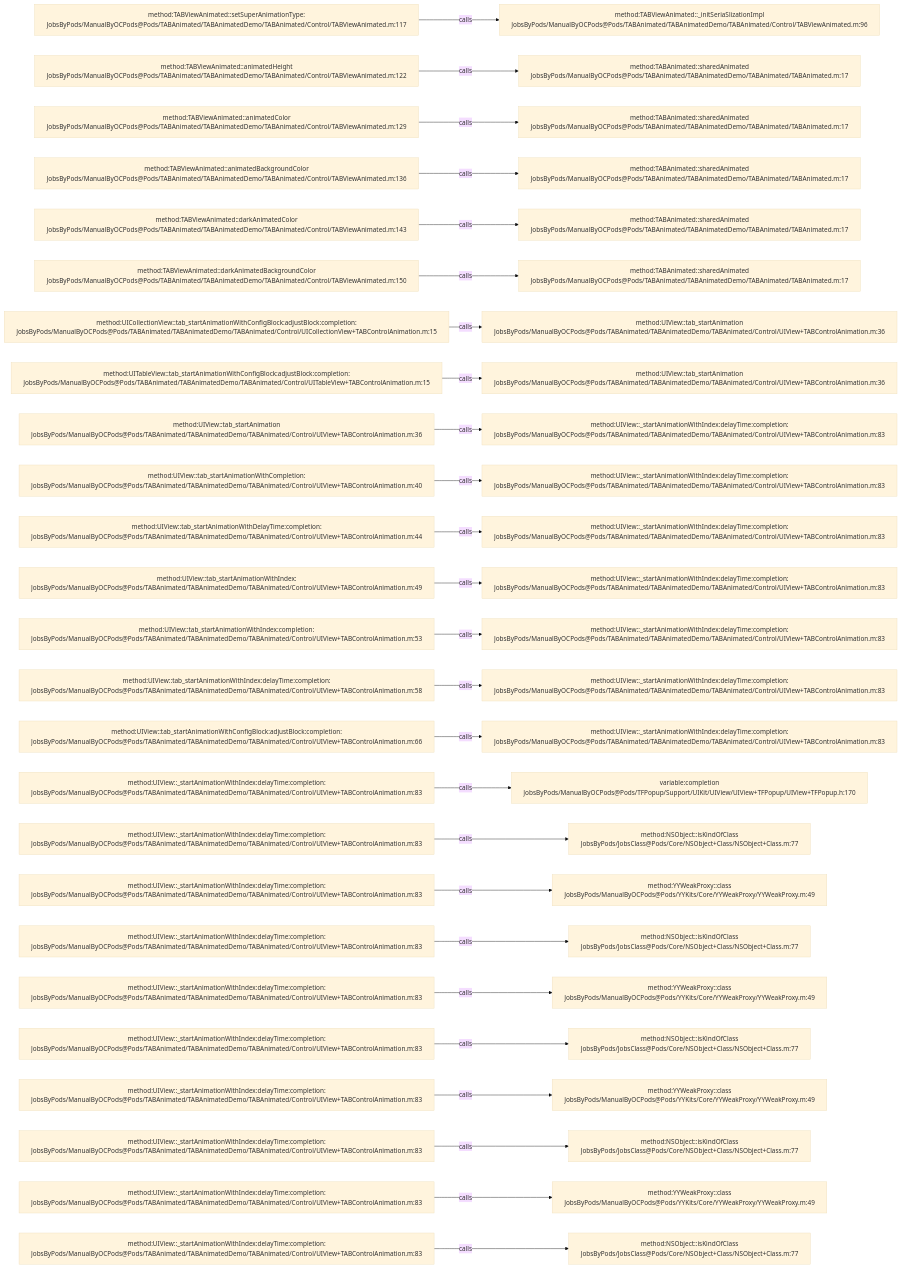
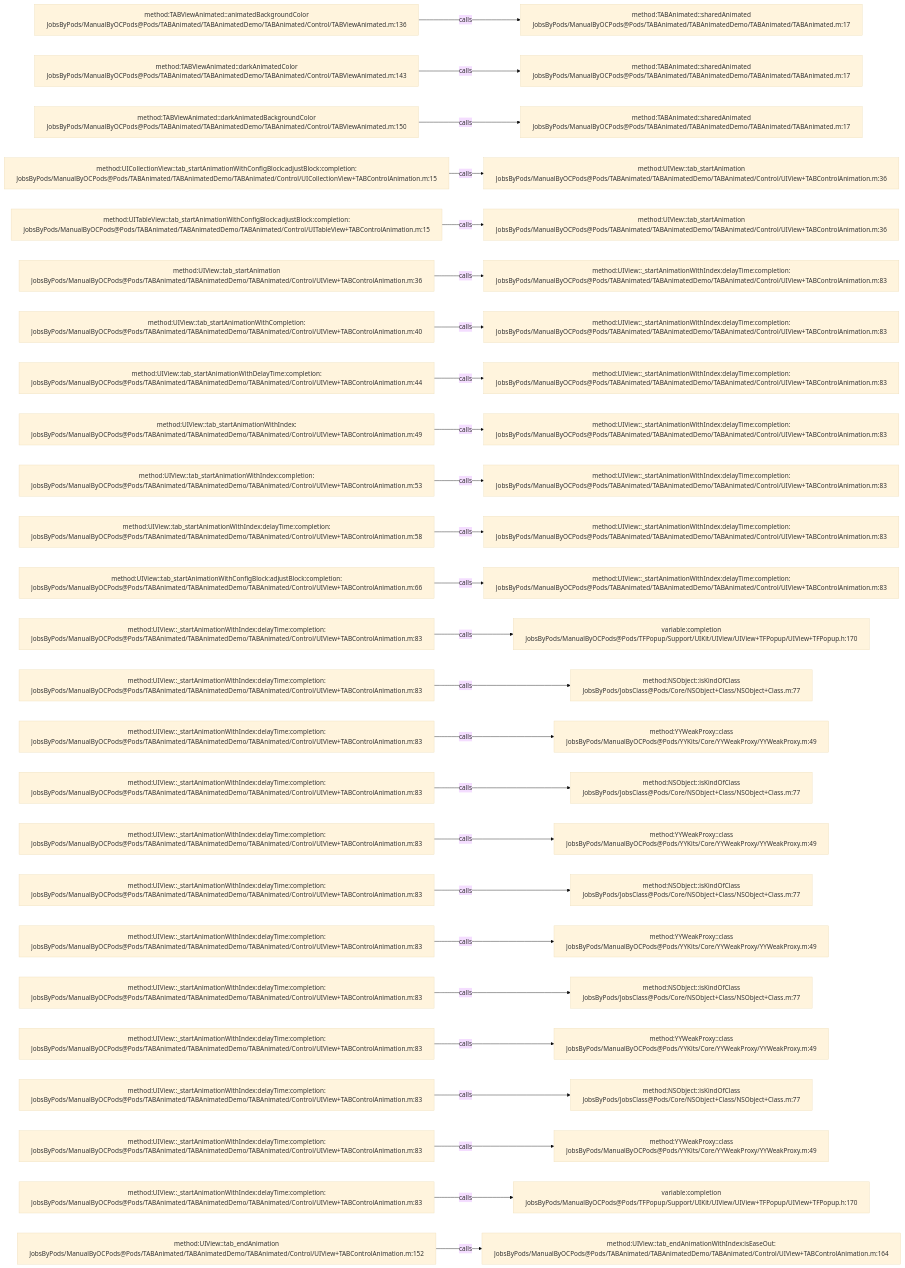
The diagram in .codegraph/codegraph.md/graphs/calls-028.md (JobsKits/JobsOCBaseConfigDemo), drawn with Mermaid (base theme) before and after one commit. The commit also changed 342 other files, not shown here.

````diff
--- a/.codegraph/codegraph.md/graphs/calls-028.md
+++ b/.codegraph/codegraph.md/graphs/calls-028.md
@@ -13,78 +13,78 @@
 ```mermaid
 flowchart LR
-  S1["method:TABViewAnimated::setSuperAnimationType:<br/>JobsByPods/ManualByOCPods@Pods/TABAnimated/TABAnimatedDemo/TABAnimated/Control/TABViewAnimated.m:117"]
-  T1["method:TABViewAnimated::_initSeriaSlizationImpl<br/>JobsByPods/ManualByOCPods@Pods/TABAnimated/TABAnimatedDemo/TABAnimated/Control/TABViewAnimated.m:96"]
+  S1["method:TABViewAnimated::animatedBackgroundColor<br/>JobsByPods/ManualByOCPods@Pods/TABAnimated/TABAnimatedDemo/TABAnimated/Control/TABViewAnimated.m:136"]
+  T1["method:TABAnimated::sharedAnimated<br/>JobsByPods/ManualByOCPods@Pods/TABAnimated/TABAnimatedDemo/TABAnimated/TABAnimated.m:17"]
   S1 -->|calls| T1
-  S2["method:TABViewAnimated::animatedHeight<br/>JobsByPods/ManualByOCPods@Pods/TABAnimated/TABAnimatedDemo/TABAnimated/Control/TABViewAnimated.m:122"]
+  S2["method:TABViewAnimated::darkAnimatedColor<br/>JobsByPods/ManualByOCPods@Pods/TABAnimated/TABAnimatedDemo/TABAnimated/Control/TABViewAnimated.m:143"]
   T2["method:TABAnimated::sharedAnimated<br/>JobsByPods/ManualByOCPods@Pods/TABAnimated/TABAnimatedDemo/TABAnimated/TABAnimated.m:17"]
   S2 -->|calls| T2
-  S3["method:TABViewAnimated::animatedColor<br/>JobsByPods/ManualByOCPods@Pods/TABAnimated/TABAnimatedDemo/TABAnimated/Control/TABViewAnimated.m:129"]
+  S3["method:TABViewAnimated::darkAnimatedBackgroundColor<br/>JobsByPods/ManualByOCPods@Pods/TABAnimated/TABAnimatedDemo/TABAnimated/Control/TABViewAnimated.m:150"]
   T3["method:TABAnimated::sharedAnimated<br/>JobsByPods/ManualByOCPods@Pods/TABAnimated/TABAnimatedDemo/TABAnimated/TABAnimated.m:17"]
   S3 -->|calls| T3
-  S4["method:TABViewAnimated::animatedBackgroundColor<br/>JobsByPods/ManualByOCPods@Pods/TABAnimated/TABAnimatedDemo/TABAnimated/Control/TABViewAnimated.m:136"]
-  T4["method:TABAnimated::sharedAnimated<br/>JobsByPods/ManualByOCPods@Pods/TABAnimated/TABAnimatedDemo/TABAnimated/TABAnimated.m:17"]
+  S4["method:UICollectionView::tab_startAnimationWithConfigBlock:adjustBlock:completion:<br/>JobsByPods/ManualByOCPods@Pods/TABAnimated/TABAnimatedDemo/TABAnimated/Control/UICollectionView+TABControlAnimation.m:15"]
+  T4["method:UIView::tab_startAnimation<br/>JobsByPods/ManualByOCPods@Pods/TABAnimated/TABAnimatedDemo/TABAnimated/Control/UIView+TABControlAnimation.m:36"]
   S4 -->|calls| T4
-  S5["method:TABViewAnimated::darkAnimatedColor<br/>JobsByPods/ManualByOCPods@Pods/TABAnimated/TABAnimatedDemo/TABAnimated/Control/TABViewAnimated.m:143"]
-  T5["method:TABAnimated::sharedAnimated<br/>JobsByPods/ManualByOCPods@Pods/TABAnimated/TABAnimatedDemo/TABAnimated/TABAnimated.m:17"]
+  S5["method:UITableView::tab_startAnimationWithConfigBlock:adjustBlock:completion:<br/>JobsByPods/ManualByOCPods@Pods/TABAnimated/TABAnimatedDemo/TABAnimated/Control/UITableView+TABControlAnimation.m:15"]
+  T5["method:UIView::tab_startAnimation<br/>JobsByPods/ManualByOCPods@Pods/TABAnimated/TABAnimatedDemo/TABAnimated/Control/UIView+TABControlAnimation.m:36"]
   S5 -->|calls| T5
-  S6["method:TABViewAnimated::darkAnimatedBackgroundColor<br/>JobsByPods/ManualByOCPods@Pods/TABAnimated/TABAnimatedDemo/TABAnimated/Control/TABViewAnimated.m:150"]
-  T6["method:TABAnimated::sharedAnimated<br/>JobsByPods/ManualByOCPods@Pods/TABAnimated/TABAnimatedDemo/TABAnimated/TABAnimated.m:17"]
+  S6["method:UIView::tab_startAnimation<br/>JobsByPods/ManualByOCPods@Pods/TABAnimated/TABAnimatedDemo/TABAnimated/Control/UIView+TABControlAnimation.m:36"]
+  T6["method:UIView::_startAnimationWithIndex:delayTime:completion:<br/>JobsByPods/ManualByOCPods@Pods/TABAnimated/TABAnimatedDemo/TABAnimated/Control/UIView+TABControlAnimation.m:83"]
   S6 -->|calls| T6
-  S7["method:UICollectionView::tab_startAnimationWithConfigBlock:adjustBlock:completion:<br/>JobsByPods/ManualByOCPods@Pods/TABAnimated/TABAnimatedDemo/TABAnimated/Control/UICollectionView+TABControlAnimation.m:15"]
-  T7["method:UIView::tab_startAnimation<br/>JobsByPods/ManualByOCPods@Pods/TABAnimated/TABAnimatedDemo/TABAnimated/Control/UIView+TABControlAnimation.m:36"]
+  S7["method:UIView::tab_startAnimationWithCompletion:<br/>JobsByPods/ManualByOCPods@Pods/TABAnimated/TABAnimatedDemo/TABAnimated/Control/UIView+TABControlAnimation.m:40"]
+  T7["method:UIView::_startAnimationWithIndex:delayTime:completion:<br/>JobsByPods/ManualByOCPods@Pods/TABAnimated/TABAnimatedDemo/TABAnimated/Control/UIView+TABControlAnimation.m:83"]
   S7 -->|calls| T7
-  S8["method:UITableView::tab_startAnimationWithConfigBlock:adjustBlock:completion:<br/>JobsByPods/ManualByOCPods@Pods/TABAnimated/TABAnimatedDemo/TABAnimated/Control/UITableView+TABControlAnimation.m:15"]
-  T8["method:UIView::tab_startAnimation<br/>JobsByPods/ManualByOCPods@Pods/TABAnimated/TABAnimatedDemo/TABAnimated/Control/UIView+TABControlAnimation.m:36"]
+  S8["method:UIView::tab_startAnimationWithDelayTime:completion:<br/>JobsByPods/ManualByOCPods@Pods/TABAnimated/TABAnimatedDemo/TABAnimated/Control/UIView+TABControlAnimation.m:44"]
+  T8["method:UIView::_startAnimationWithIndex:delayTime:completion:<br/>JobsByPods/ManualByOCPods@Pods/TABAnimated/TABAnimatedDemo/TABAnimated/Control/UIView+TABControlAnimation.m:83"]
   S8 -->|calls| T8
-  S9["method:UIView::tab_startAnimation<br/>JobsByPods/ManualByOCPods@Pods/TABAnimated/TABAnimatedDemo/TABAnimated/Control/UIView+TABControlAnimation.m:36"]
+  S9["method:UIView::tab_startAnimationWithIndex:<br/>JobsByPods/ManualByOCPods@Pods/TABAnimated/TABAnimatedDemo/TABAnimated/Control/UIView+TABControlAnimation.m:49"]
   T9["method:UIView::_startAnimationWithIndex:delayTime:completion:<br/>JobsByPods/ManualByOCPods@Pods/TABAnimated/TABAnimatedDemo/TABAnimated/Control/UIView+TABControlAnimation.m:83"]
   S9 -->|calls| T9
-  S10["method:UIView::tab_startAnimationWithCompletion:<br/>JobsByPods/ManualByOCPods@Pods/TABAnimated/TABAnimatedDemo/TABAnimated/Control/UIView+TABControlAnimation.m:40"]
+  S10["method:UIView::tab_startAnimationWithIndex:completion:<br/>JobsByPods/ManualByOCPods@Pods/TABAnimated/TABAnimatedDemo/TABAnimated/Control/UIView+TABControlAnimation.m:53"]
   T10["method:UIView::_startAnimationWithIndex:delayTime:completion:<br/>JobsByPods/ManualByOCPods@Pods/TABAnimated/TABAnimatedDemo/TABAnimated/Control/UIView+TABControlAnimation.m:83"]
   S10 -->|calls| T10
-  S11["method:UIView::tab_startAnimationWithDelayTime:completion:<br/>JobsByPods/ManualByOCPods@Pods/TABAnimated/TABAnimatedDemo/TABAnimated/Control/UIView+TABControlAnimation.m:44"]
+  S11["method:UIView::tab_startAnimationWithIndex:delayTime:completion:<br/>JobsByPods/ManualByOCPods@Pods/TABAnimated/TABAnimatedDemo/TABAnimated/Control/UIView+TABControlAnimation.m:58"]
   T11["method:UIView::_startAnimationWithIndex:delayTime:completion:<br/>JobsByPods/ManualByOCPods@Pods/TABAnimated/TABAnimatedDemo/TABAnimated/Control/UIView+TABControlAnimation.m:83"]
   S11 -->|calls| T11
-  S12["method:UIView::tab_startAnimationWithIndex:<br/>JobsByPods/ManualByOCPods@Pods/TABAnimated/TABAnimatedDemo/TABAnimated/Control/UIView+TABControlAnimation.m:49"]
+  S12["method:UIView::tab_startAnimationWithConfigBlock:adjustBlock:completion:<br/>JobsByPods/ManualByOCPods@Pods/TABAnimated/TABAnimatedDemo/TABAnimated/Control/UIView+TABControlAnimation.m:66"]
   T12["method:UIView::_startAnimationWithIndex:delayTime:completion:<br/>JobsByPods/ManualByOCPods@Pods/TABAnimated/TABAnimatedDemo/TABAnimated/Control/UIView+TABControlAnimation.m:83"]
   S12 -->|calls| T12
-  S13["method:UIView::tab_startAnimationWithIndex:completion:<br/>JobsByPods/ManualByOCPods@Pods/TABAnimated/TABAnimatedDemo/TABAnimated/Control/UIView+TABControlAnimation.m:53"]
-  T13["method:UIView::_startAnimationWithIndex:delayTime:completion:<br/>JobsByPods/ManualByOCPods@Pods/TABAnimated/TABAnimatedDemo/TABAnimated/Control/UIView+TABControlAnimation.m:83"]
+  S13["method:UIView::_startAnimationWithIndex:delayTime:completion:<br/>JobsByPods/ManualByOCPods@Pods/TABAnimated/TABAnimatedDemo/TABAnimated/Control/UIView+TABControlAnimation.m:83"]
+  T13["variable:completion<br/>JobsByPods/ManualByOCPods@Pods/TFPopup/Support/UIKit/UIView/UIView+TFPopup/UIView+TFPopup.h:170"]
   S13 -->|calls| T13
-  S14["method:UIView::tab_startAnimationWithIndex:delayTime:completion:<br/>JobsByPods/ManualByOCPods@Pods/TABAnimated/TABAnimatedDemo/TABAnimated/Control/UIView+TABControlAnimation.m:58"]
-  T14["method:UIView::_startAnimationWithIndex:delayTime:completion:<br/>JobsByPods/ManualByOCPods@Pods/TABAnimated/TABAnimatedDemo/TABAnimated/Control/UIView+TABControlAnimation.m:83"]
+  S14["method:UIView::_startAnimationWithIndex:delayTime:completion:<br/>JobsByPods/ManualByOCPods@Pods/TABAnimated/TABAnimatedDemo/TABAnimated/Control/UIView+TABControlAnimation.m:83"]
+  T14["method:NSObject::isKindOfClass<br/>JobsByPods/JobsClass@Pods/Core/NSObject+Class/NSObject+Class.m:77"]
   S14 -->|calls| T14
-  S15["method:UIView::tab_startAnimationWithConfigBlock:adjustBlock:completion:<br/>JobsByPods/ManualByOCPods@Pods/TABAnimated/TABAnimatedDemo/TABAnimated/Control/UIView+TABControlAnimation.m:66"]
-  T15["method:UIView::_startAnimationWithIndex:delayTime:completion:<br/>JobsByPods/ManualByOCPods@Pods/TABAnimated/TABAnimatedDemo/TABAnimated/Control/UIView+TABControlAnimation.m:83"]
+  S15["method:UIView::_startAnimationWithIndex:delayTime:completion:<br/>JobsByPods/ManualByOCPods@Pods/TABAnimated/TABAnimatedDemo/TABAnimated/Control/UIView+TABControlAnimation.m:83"]
+  T15["method:YYWeakProxy::class<br/>JobsByPods/ManualByOCPods@Pods/YYKits/Core/YYWeakProxy/YYWeakProxy.m:49"]
   S15 -->|calls| T15
   S16["method:UIView::_startAnimationWithIndex:delayTime:completion:<br/>JobsByPods/ManualByOCPods@Pods/TABAnimated/TABAnimatedDemo/TABAnimated/Control/UIView+TABControlAnimation.m:83"]
-  T16["variable:completion<br/>JobsByPods/ManualByOCPods@Pods/TFPopup/Support/UIKit/UIView/UIView+TFPopup/UIView+TFPopup.h:170"]
+  T16["method:NSObject::isKindOfClass<br/>JobsByPods/JobsClass@Pods/Core/NSObject+Class/NSObject+Class.m:77"]
   S16 -->|calls| T16
   S17["method:UIView::_startAnimationWithIndex:delayTime:completion:<br/>JobsByPods/ManualByOCPods@Pods/TABAnimated/TABAnimatedDemo/TABAnimated/Control/UIView+TABControlAnimation.m:83"]
-  T17["method:NSObject::isKindOfClass<br/>JobsByPods/JobsClass@Pods/Core/NSObject+Class/NSObject+Class.m:77"]
+  T17["method:YYWeakProxy::class<br/>JobsByPods/ManualByOCPods@Pods/YYKits/Core/YYWeakProxy/YYWeakProxy.m:49"]
   S17 -->|calls| T17
   S18["method:UIView::_startAnimationWithIndex:delayTime:completion:<br/>JobsByPods/ManualByOCPods@Pods/TABAnimated/TABAnimatedDemo/TABAnimated/Control/UIView+TABControlAnimation.m:83"]
-  T18["method:YYWeakProxy::class<br/>JobsByPods/ManualByOCPods@Pods/YYKits/Core/YYWeakProxy/YYWeakProxy.m:49"]
+  T18["method:NSObject::isKindOfClass<br/>JobsByPods/JobsClass@Pods/Core/NSObject+Class/NSObject+Class.m:77"]
   S18 -->|calls| T18
   S19["method:UIView::_startAnimationWithIndex:delayTime:completion:<br/>JobsByPods/ManualByOCPods@Pods/TABAnimated/TABAnimatedDemo/TABAnimated/Control/UIView+TABControlAnimation.m:83"]
-  T19["method:NSObject::isKindOfClass<br/>JobsByPods/JobsClass@Pods/Core/NSObject+Class/NSObject+Class.m:77"]
+  T19["method:YYWeakProxy::class<br/>JobsByPods/ManualByOCPods@Pods/YYKits/Core/YYWeakProxy/YYWeakProxy.m:49"]
   S19 -->|calls| T19
   S20["method:UIView::_startAnimationWithIndex:delayTime:completion:<br/>JobsByPods/ManualByOCPods@Pods/TABAnimated/TABAnimatedDemo/TABAnimated/Control/UIView+TABControlAnimation.m:83"]
-  T20["method:YYWeakProxy::class<br/>JobsByPods/ManualByOCPods@Pods/YYKits/Core/YYWeakProxy/YYWeakProxy.m:49"]
+  T20["method:NSObject::isKindOfClass<br/>JobsByPods/JobsClass@Pods/Core/NSObject+Class/NSObject+Class.m:77"]
   S20 -->|calls| T20
   S21["method:UIView::_startAnimationWithIndex:delayTime:completion:<br/>JobsByPods/ManualByOCPods@Pods/TABAnimated/TABAnimatedDemo/TABAnimated/Control/UIView+TABControlAnimation.m:83"]
-  T21["method:NSObject::isKindOfClass<br/>JobsByPods/JobsClass@Pods/Core/NSObject+Class/NSObject+Class.m:77"]
+  T21["method:YYWeakProxy::class<br/>JobsByPods/ManualByOCPods@Pods/YYKits/Core/YYWeakProxy/YYWeakProxy.m:49"]
   S21 -->|calls| T21
   S22["method:UIView::_startAnimationWithIndex:delayTime:completion:<br/>JobsByPods/ManualByOCPods@Pods/TABAnimated/TABAnimatedDemo/TABAnimated/Control/UIView+TABControlAnimation.m:83"]
-  T22["method:YYWeakProxy::class<br/>JobsByPods/ManualByOCPods@Pods/YYKits/Core/YYWeakProxy/YYWeakProxy.m:49"]
+  T22["method:NSObject::isKindOfClass<br/>JobsByPods/JobsClass@Pods/Core/NSObject+Class/NSObject+Class.m:77"]
   S22 -->|calls| T22
   S23["method:UIView::_startAnimationWithIndex:delayTime:completion:<br/>JobsByPods/ManualByOCPods@Pods/TABAnimated/TABAnimatedDemo/TABAnimated/Control/UIView+TABControlAnimation.m:83"]
-  T23["method:NSObject::isKindOfClass<br/>JobsByPods/JobsClass@Pods/Core/NSObject+Class/NSObject+Class.m:77"]
+  T23["method:YYWeakProxy::class<br/>JobsByPods/ManualByOCPods@Pods/YYKits/Core/YYWeakProxy/YYWeakProxy.m:49"]
   S23 -->|calls| T23
   S24["method:UIView::_startAnimationWithIndex:delayTime:completion:<br/>JobsByPods/ManualByOCPods@Pods/TABAnimated/TABAnimatedDemo/TABAnimated/Control/UIView+TABControlAnimation.m:83"]
-  T24["method:YYWeakProxy::class<br/>JobsByPods/ManualByOCPods@Pods/YYKits/Core/YYWeakProxy/YYWeakProxy.m:49"]
+  T24["variable:completion<br/>JobsByPods/ManualByOCPods@Pods/TFPopup/Support/UIKit/UIView/UIView+TFPopup/UIView+TFPopup.h:170"]
   S24 -->|calls| T24
-  S25["method:UIView::_startAnimationWithIndex:delayTime:completion:<br/>JobsByPods/ManualByOCPods@Pods/TABAnimated/TABAnimatedDemo/TABAnimated/Control/UIView+TABControlAnimation.m:83"]
-  T25["method:NSObject::isKindOfClass<br/>JobsByPods/JobsClass@Pods/Core/NSObject+Class/NSObject+Class.m:77"]
+  S25["method:UIView::tab_endAnimation<br/>JobsByPods/ManualByOCPods@Pods/TABAnimated/TABAnimatedDemo/TABAnimated/Control/UIView+TABControlAnimation.m:152"]
+  T25["method:UIView::tab_endAnimationWithIndex:isEaseOut:<br/>JobsByPods/ManualByOCPods@Pods/TABAnimated/TABAnimatedDemo/TABAnimated/Control/UIView+TABControlAnimation.m:164"]
   S25 -->|calls| T25
 ```
````
